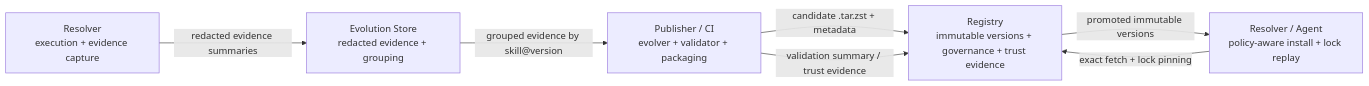
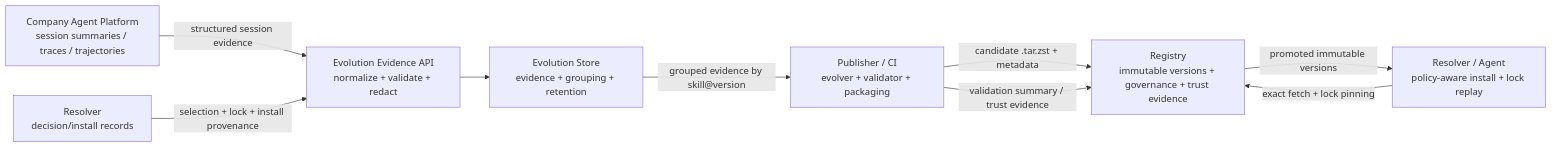
One commit to aptitude-stack/registery changed the first of 2 diagrams in docs/drafts/collective-skill-evolution.md. Above: the diagram before and after it, drawn with Mermaid. The commit also changed other lines of this file and 5 other files, not shown here.

Commit message:
Rename docs/drafts/microservice-system-architecture.md to docs/drafts/ol

````diff
--- a/docs/drafts/collective-skill-evolution.md
+++ b/docs/drafts/collective-skill-evolution.md
@@ -80,15 +88,19 @@
 ```mermaid
 flowchart LR
-    Resolver["Resolver<br/>execution + evidence capture"]
-    EvolutionStore["Evolution Store<br/>redacted evidence + grouping"]
+    Company["Company Agent Platform<br/>session summaries / traces / trajectories"]
+    Ingestion["Evolution Evidence API<br/>normalize + validate + redact"]
+    EvolutionStore["Evolution Store<br/>evidence + grouping + retention"]
+    Resolver["Resolver<br/>decision/install records"]
     Publisher["Publisher / CI<br/>evolver + validator + packaging"]
     Registry["Registry<br/>immutable versions + governance + trust evidence"]
     Consumer["Resolver / Agent<br/>policy-aware install + lock replay"]
 
-    Resolver -->|redacted evidence summaries| EvolutionStore
+    Company -->|structured session evidence| Ingestion
+    Resolver -->|selection + lock + install provenance| Ingestion
+    Ingestion --> EvolutionStore
     EvolutionStore -->|grouped evidence by skill@version| Publisher
     Publisher -->|candidate .tar.zst + metadata| Registry
     Publisher -->|validation summary / trust evidence| Registry
     Registry -->|promoted immutable versions| Consumer
     Consumer -->|exact fetch + lock pinning| Registry
 ```
````
